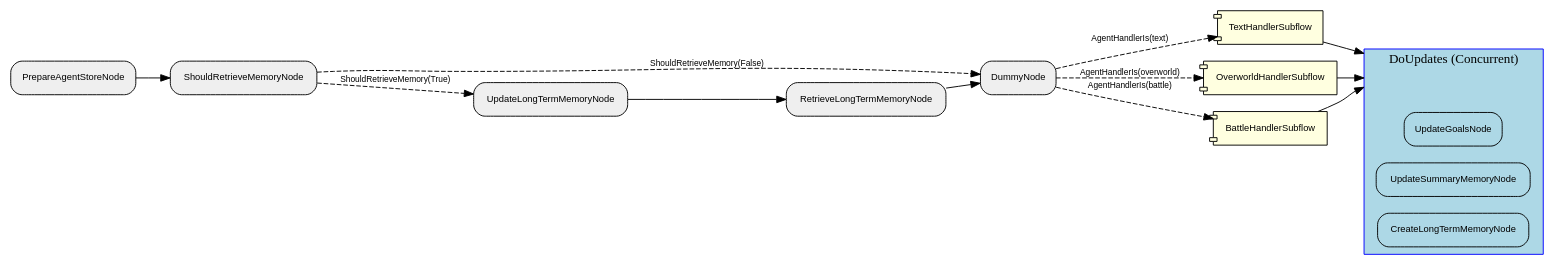
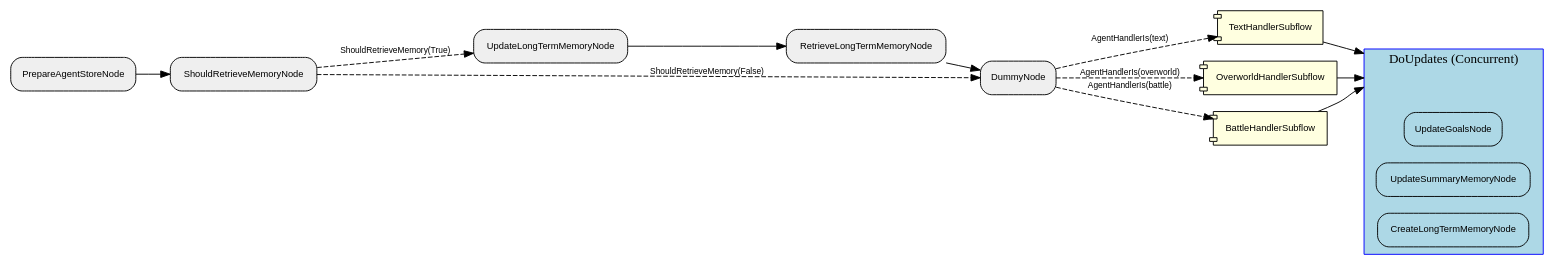
Before and after one commit to clambro/ai-plays-pokemon: the diagram in visualization/agent_graph/Graph.dot, drawn with Graphviz. The commit also changed 17 other files, not shown here.

Commit message:
Simplify flow

```diff
--- a/visualization/agent_graph/Graph.dot
+++ b/visualization/agent_graph/Graph.dot
@@ -1,38 +1,38 @@
 digraph "G" {
   rankdir=LR;
   compound=true;
   node [shape=box, style="rounded,filled", fillcolor="#EFEFEF", fontname="Helvetica", fontsize=10];
   edge [fontname="Helvetica", fontsize=9];
-  subgraph "cluster_NjYQFPlf0tvsliNzuU9Z2" {
+  subgraph "cluster_liDczOmv9oRaUJMghIqVU" {
     label="DoUpdates (Concurrent)";
     style="filled"; fillcolor="lightblue"; color="blue";
     node [fillcolor="lightblue", style="filled,rounded"];
-    "NjYQFPlf0tvsliNzuU9Z2__entry" [label="", shape=point, width=0.01, style=invis];
-    "NjYQFPlf0tvsliNzuU9Z2__exit"  [label="", shape=point, width=0.01, style=invis];
-    Y9STXKbEyunuSWGkNjeiO [label="UpdateGoalsNode"];
-    "1DjXT0Clm4NelJIHaSb8r" [label="UpdateSummaryMemoryNode"];
-    "7h9LQCJcVGwnCcQpPzkqe" [label="CreateLongTermMemoryNode"];
+    "liDczOmv9oRaUJMghIqVU__entry" [label="", shape=point, width=0.01, style=invis];
+    "liDczOmv9oRaUJMghIqVU__exit"  [label="", shape=point, width=0.01, style=invis];
+    MaIS7phftIkWBXcpuAO9D [label="UpdateGoalsNode"];
+    l1eV9AAHBCYj6fVfXRvaJ [label="UpdateSummaryMemoryNode"];
+    "43MFHUDbKNlkCaPHxaJt3" [label="CreateLongTermMemoryNode"];
   }
-  "1DjXT0Clm4NelJIHaSb8r" [label="UpdateSummaryMemoryNode"];
-  Y9STXKbEyunuSWGkNjeiO [label="UpdateGoalsNode"];
-  "0E1cGjyBddM2MJw19jkIR" [label="DummyNode"];
-  KeSnEjAin0nfP95Bp2xW0 [label="PrepareAgentStoreNode"];
-  "9XyvxeUsc0ZX30lrRZmcK" [label="TextHandlerSubflow", shape=component, style="filled,rounded", fillcolor="lightyellow"];
-  Og7WpIxgdAqCUBPZed9vr [label="OverworldHandlerSubflow", shape=component, style="filled,rounded", fillcolor="lightyellow"];
-  PmFZhEhTC6BFTD1XnvfSz [label="UpdateLongTermMemoryNode"];
-  H3qZniwiURNHNlWHXaovx [label="BattleHandlerSubflow", shape=component, style="filled,rounded", fillcolor="lightyellow"];
-  SxXSoReIeUvPglhVMjxxB [label="ShouldRetrieveMemoryNode"];
-  "7h9LQCJcVGwnCcQpPzkqe" [label="CreateLongTermMemoryNode"];
-  wtzulpJYTxh1i3MszRK4b [label="RetrieveLongTermMemoryNode"];
-  KeSnEjAin0nfP95Bp2xW0 -> SxXSoReIeUvPglhVMjxxB [style="solid"];
-  SxXSoReIeUvPglhVMjxxB -> PmFZhEhTC6BFTD1XnvfSz [style="dashed", label="ShouldRetrieveMemory(True)"];
-  PmFZhEhTC6BFTD1XnvfSz -> wtzulpJYTxh1i3MszRK4b [style="solid"];
-  SxXSoReIeUvPglhVMjxxB -> "0E1cGjyBddM2MJw19jkIR" [style="dashed", label="ShouldRetrieveMemory(False)"];
-  wtzulpJYTxh1i3MszRK4b -> "0E1cGjyBddM2MJw19jkIR" [style="solid"];
-  "0E1cGjyBddM2MJw19jkIR" -> Og7WpIxgdAqCUBPZed9vr [style="dashed", label="AgentHandlerIs(overworld)"];
-  "0E1cGjyBddM2MJw19jkIR" -> H3qZniwiURNHNlWHXaovx [style="dashed", label="AgentHandlerIs(battle)"];
-  "0E1cGjyBddM2MJw19jkIR" -> "9XyvxeUsc0ZX30lrRZmcK" [style="dashed", label="AgentHandlerIs(text)"];
-  "9XyvxeUsc0ZX30lrRZmcK" -> NjYQFPlf0tvsliNzuU9Z2__entry [lhead="cluster_NjYQFPlf0tvsliNzuU9Z2", style="solid"];
-  H3qZniwiURNHNlWHXaovx -> NjYQFPlf0tvsliNzuU9Z2__entry [lhead="cluster_NjYQFPlf0tvsliNzuU9Z2", style="solid"];
-  Og7WpIxgdAqCUBPZed9vr -> NjYQFPlf0tvsliNzuU9Z2__entry [lhead="cluster_NjYQFPlf0tvsliNzuU9Z2", style="solid"];
+  d9whHMX3isPtF6OXfGIRp [label="RetrieveLongTermMemoryNode"];
+  l1eV9AAHBCYj6fVfXRvaJ [label="UpdateSummaryMemoryNode"];
+  Qfvth2rAAdlndzerTsEQQ [label="TextHandlerSubflow", shape=component, style="filled,rounded", fillcolor="lightyellow"];
+  MaIS7phftIkWBXcpuAO9D [label="UpdateGoalsNode"];
+  uMZEIFXNuxOGxLHZpcjYy [label="OverworldHandlerSubflow", shape=component, style="filled,rounded", fillcolor="lightyellow"];
+  "6OuzPnOfEPu3gzD7MwqIf" [label="UpdateLongTermMemoryNode"];
+  sE8SPoWmMPEBm4niJ2DaQ [label="ShouldRetrieveMemoryNode"];
+  DepXAO7WYjhZ6pofijbXy [label="BattleHandlerSubflow", shape=component, style="filled,rounded", fillcolor="lightyellow"];
+  "43MFHUDbKNlkCaPHxaJt3" [label="CreateLongTermMemoryNode"];
+  zO4xKSTwxvPM0FUpqW3jY [label="DummyNode"];
+  CMPCgLi3gmcs7yxptFZas [label="PrepareAgentStoreNode"];
+  CMPCgLi3gmcs7yxptFZas -> sE8SPoWmMPEBm4niJ2DaQ [style="solid"];
+  sE8SPoWmMPEBm4niJ2DaQ -> "6OuzPnOfEPu3gzD7MwqIf" [style="dashed", label="ShouldRetrieveMemory(True)"];
+  "6OuzPnOfEPu3gzD7MwqIf" -> d9whHMX3isPtF6OXfGIRp [style="solid"];
+  sE8SPoWmMPEBm4niJ2DaQ -> zO4xKSTwxvPM0FUpqW3jY [style="dashed", label="ShouldRetrieveMemory(False)"];
+  d9whHMX3isPtF6OXfGIRp -> zO4xKSTwxvPM0FUpqW3jY [style="solid"];
+  zO4xKSTwxvPM0FUpqW3jY -> uMZEIFXNuxOGxLHZpcjYy [style="dashed", label="AgentHandlerIs(overworld)"];
+  zO4xKSTwxvPM0FUpqW3jY -> DepXAO7WYjhZ6pofijbXy [style="dashed", label="AgentHandlerIs(battle)"];
+  zO4xKSTwxvPM0FUpqW3jY -> Qfvth2rAAdlndzerTsEQQ [style="dashed", label="AgentHandlerIs(text)"];
+  Qfvth2rAAdlndzerTsEQQ -> liDczOmv9oRaUJMghIqVU__entry [lhead="cluster_liDczOmv9oRaUJMghIqVU", style="solid"];
+  DepXAO7WYjhZ6pofijbXy -> liDczOmv9oRaUJMghIqVU__entry [lhead="cluster_liDczOmv9oRaUJMghIqVU", style="solid"];
+  uMZEIFXNuxOGxLHZpcjYy -> liDczOmv9oRaUJMghIqVU__entry [lhead="cluster_liDczOmv9oRaUJMghIqVU", style="solid"];
 }
```
